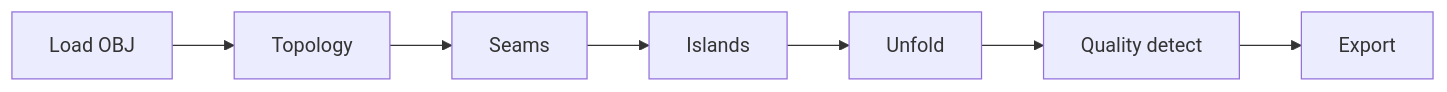
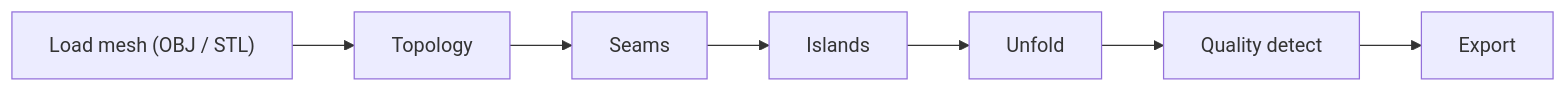
Before and after one commit to NitayBrandriss/3DFlatter: the diagram in docs/plans/README.md, drawn with Mermaid. The commit also changed other lines of this file and 9 other files, not shown here.

Commit message:
Update AGENTS.md, README.md, and related components to support STL file import alongside OBJ. Refactor mesh loading logic to handle both file types, enhance file upload UI, and update documentation for clarity. Implement warnings for concave faces and degenerate triangles in STL files.

````diff
--- a/docs/plans/README.md
+++ b/docs/plans/README.md
@@ -5,11 +5,11 @@
 ```mermaid
 flowchart LR
-  load["Load OBJ"]
+  load["Load mesh (OBJ / STL)"]
   topo["Topology"]
   seams["Seams"]
   islands["Islands"]
   unfold["Unfold"]
   quality["Quality detect"]
   export["Export"]
   load --> topo --> seams --> islands --> unfold --> quality --> export
 ```
````
